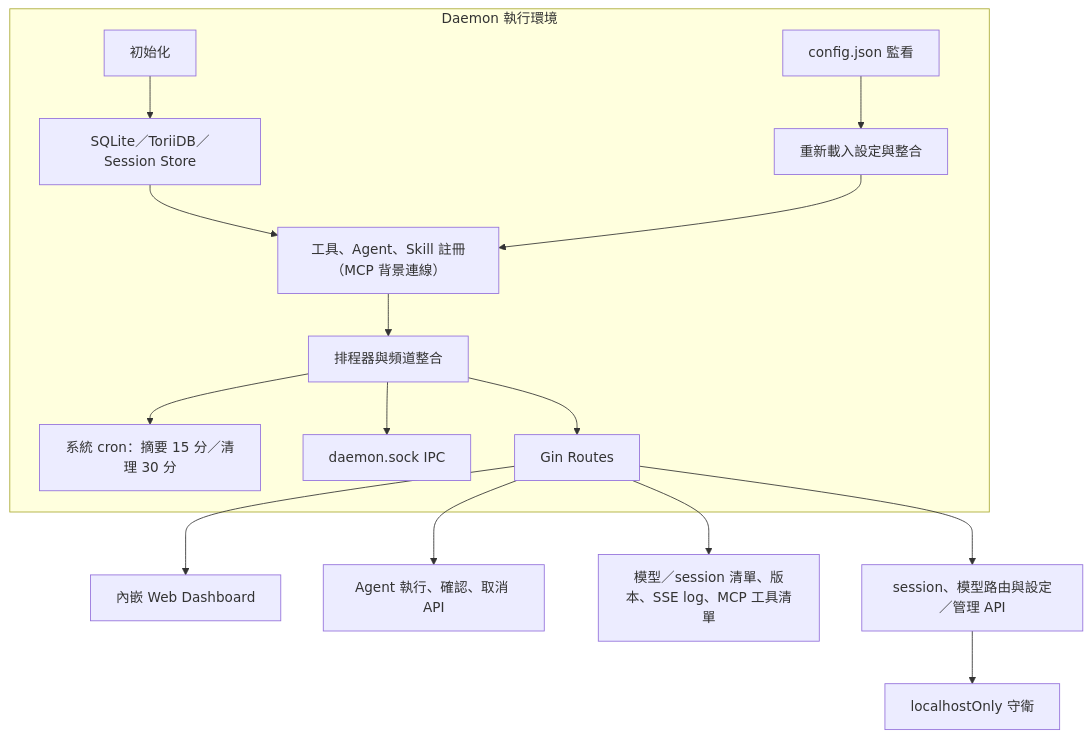
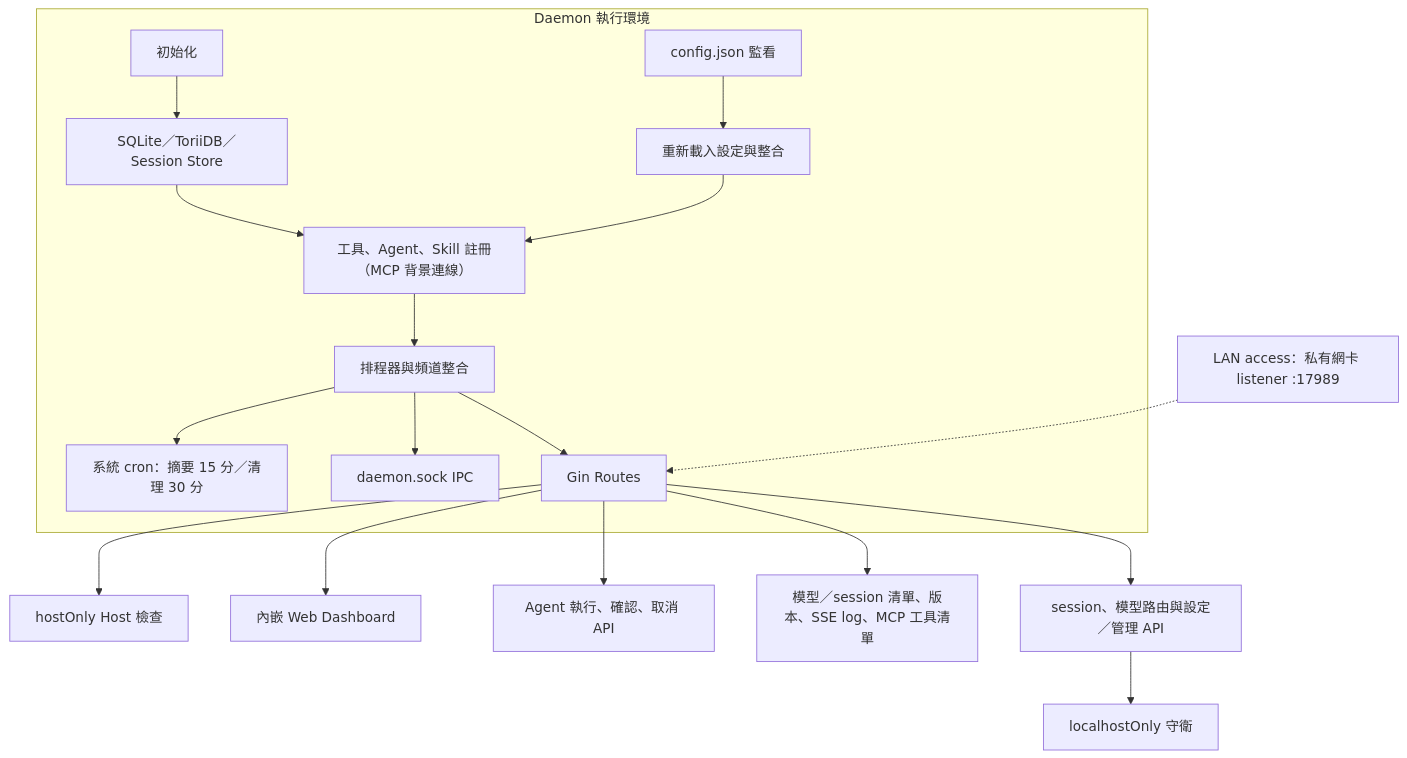
The third of 10 diagrams in doc/architecture.zh.md (pardnchiu/Agenvoy), drawn with Mermaid before and after one commit. The commit also changed other lines of this file and 5 other files, not shown here.

````diff
--- a/doc/architecture.zh.md
+++ b/doc/architecture.zh.md
@@ -56,18 +56,20 @@
 ```mermaid
 graph TB
     subgraph Daemon[Daemon 執行環境]
         Init[初始化] --> Store[SQLite／ToriiDB／Session Store]
         Store --> Register[工具、Agent、Skill 註冊（MCP 背景連線）]
         Register --> Services[排程器與頻道整合]
         Services --> SysCron[系統 cron：摘要 15 分／清理 30 分]
         Services --> IPC[daemon.sock IPC]
         Services --> Routes[Gin Routes]
         Config[config.json 監看] --> Reload[重新載入設定與整合]
         Reload --> Register
     end
+    LAN[LAN access：私有網卡 listener :17989] -.-> Routes
+    Routes --> Host[hostOnly Host 檢查]
     Routes --> Dashboard[內嵌 Web Dashboard]
     Routes --> ExecAPI[Agent 執行、確認、取消 API]
     Routes --> OpenAPI[模型／session 清單、版本、SSE log、MCP 工具清單]
     Routes --> ConfigAPI[session、模型路由與設定／管理 API]
     ConfigAPI --> LocalGuard[localhostOnly 守衛]
 ```
````
